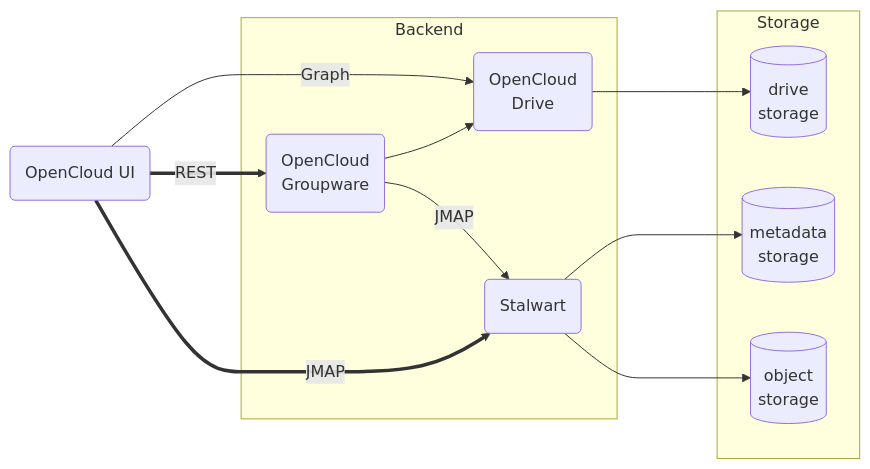
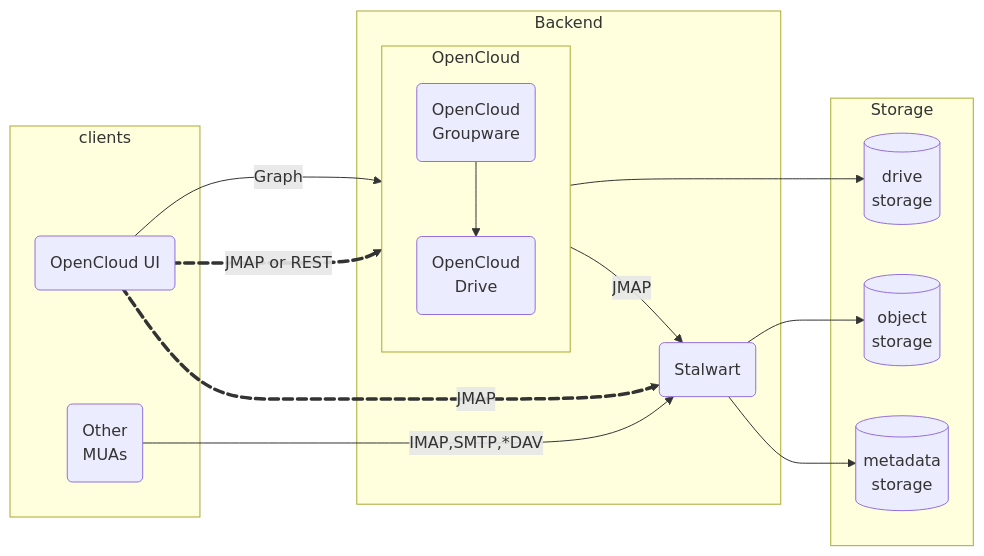
One commit to mrodozov/opencloud changed the second of 4 diagrams in docs/adr/groupware/0006-webui-api.md. Above: the diagram before and after it, drawn with Mermaid. The commit also changed other lines of this file, not shown here.

````diff
--- a/docs/adr/groupware/0006-webui-api.md
+++ b/docs/adr/groupware/0006-webui-api.md
@@ -188,22 +313,31 @@
 ```mermaid
 graph LR
-  c(OpenCloud UI)
+  subgraph clients
+    ui(OpenCloud UI)
+    muas(Other<br>MUAs)
+  end
   subgraph Backend
-    g("OpenCloud<br>Groupware")
-    o("OpenCloud<br>Drive")
-    s(Stalwart)
+    subgraph OpenCloud
+      direction TB
+      groupware("OpenCloud<br>Groupware")
+      drive("OpenCloud<br>Drive")
+    end
+    stalwart(Stalwart)
   end
   subgraph Storage
-    ds[(drive<br>storage)]
-    mds[(metadata<br>storage)]
-    ms[(object<br>storage)]
+    drive_storage[(drive<br>storage)]
+    stalwart_metadata[(metadata<br>storage)]
+    stalwart_storage[(object<br>storage)]
   end
-  c==>|REST|g
-  c==>|JMAP|s
-  g-->o
-  g-->|JMAP|s
-  c-->|Graph|o
-  o-->ds
-  s-->mds
-  s-->ms
+  ui x@==>|JMAP|stalwart
+  x@{ animate: true }
+  ui y@==>|JMAP or REST|groupware
+  y@{ animate: true }
+  ui-->|Graph|drive
+  muas-->|IMAP,SMTP,*DAV|stalwart
+  groupware-->drive
+  groupware-->|JMAP|stalwart
+  drive-->drive_storage
+  stalwart-->stalwart_metadata
+  stalwart-->stalwart_storage
 ```
````
